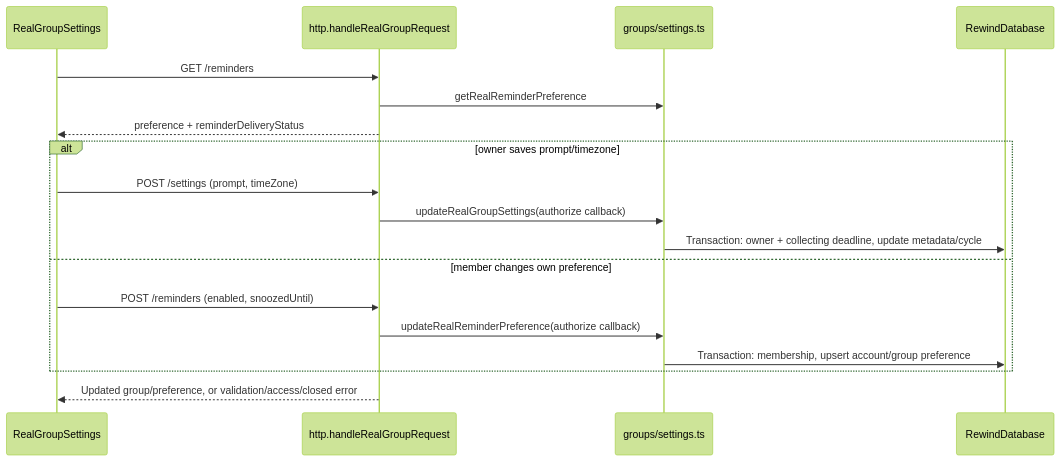
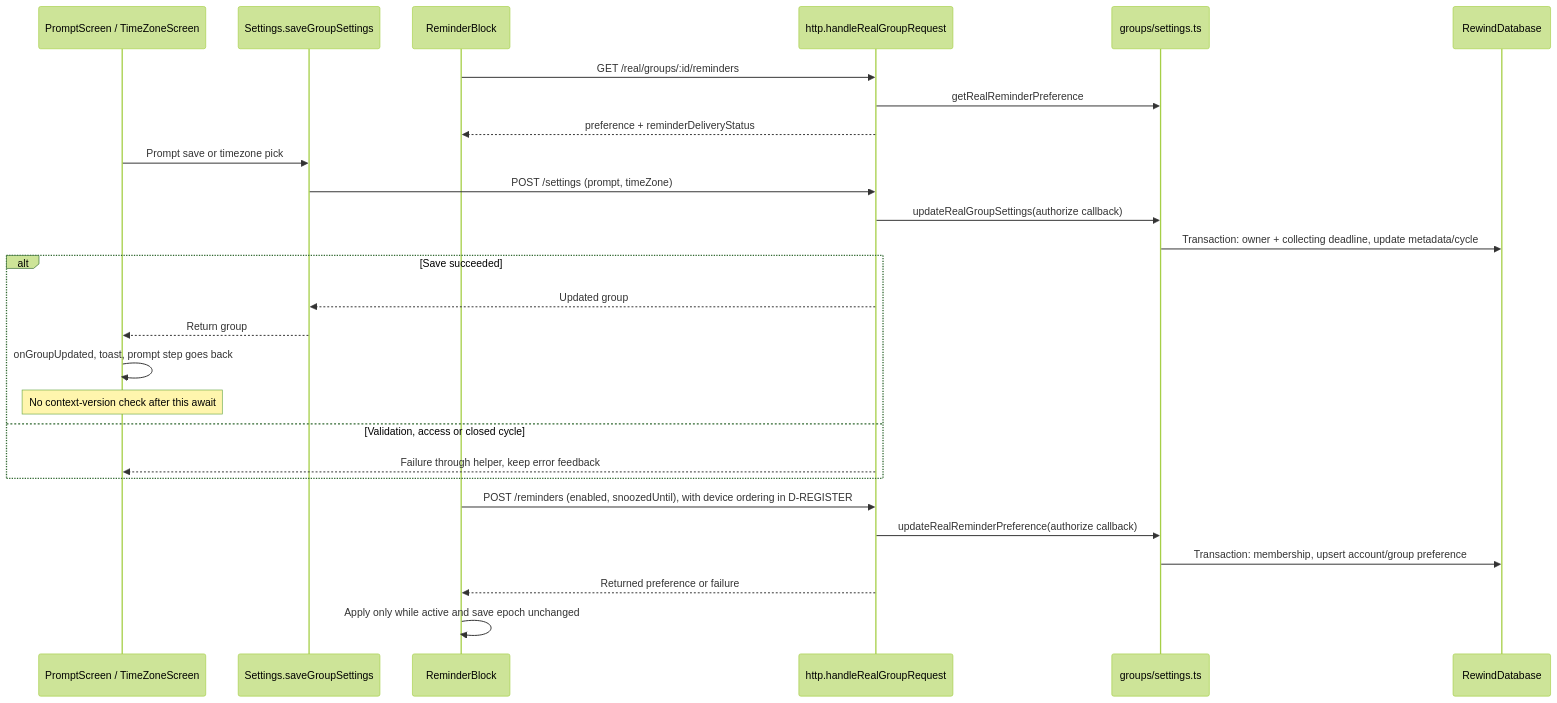
One commit to Collaboration95/rewind-app changed the tenth of 17 diagrams in docs/design/interactions.md. Above: the diagram before and after it, drawn with Mermaid (forest theme). The commit also changed other lines of this file and 3 other files, not shown here.

Commit message:
docs: map mounted settings and reminder ordering

````diff
--- a/docs/design/interactions.md
+++ b/docs/design/interactions.md
@@ -308,20 +337,29 @@
 ```mermaid
 sequenceDiagram
-  participant S as RealGroupSettings
+  participant S as PromptScreen / TimeZoneScreen
+  participant F as Settings.saveGroupSettings
+  participant R as ReminderBlock
   participant H as http.handleRealGroupRequest
   participant G as groups/settings.ts
   participant D as RewindDatabase
-  S->>H: GET /reminders
+  R->>H: GET /real/groups/:id/reminders
   H->>G: getRealReminderPreference
-  H-->>S: preference + reminderDeliveryStatus
-  alt owner saves prompt/timezone
-    S->>H: POST /settings (prompt, timeZone)
-    H->>G: updateRealGroupSettings(authorize callback)
-    G->>D: Transaction: owner + collecting deadline, update metadata/cycle
-  else member changes own preference
-    S->>H: POST /reminders (enabled, snoozedUntil)
-    H->>G: updateRealReminderPreference(authorize callback)
-    G->>D: Transaction: membership, upsert account/group preference
+  H-->>R: preference + reminderDeliveryStatus
+  S->>F: Prompt save or timezone pick
+  F->>H: POST /settings (prompt, timeZone)
+  H->>G: updateRealGroupSettings(authorize callback)
+  G->>D: Transaction: owner + collecting deadline, update metadata/cycle
+  alt Save succeeded
+    H-->>F: Updated group
+    F-->>S: Return group
+    S->>S: onGroupUpdated, toast, prompt step goes back
+    Note over S: No context-version check after this await
+  else Validation, access or closed cycle
+    H-->>S: Failure through helper, keep error feedback
   end
-  H-->>S: Updated group/preference, or validation/access/closed error
+  R->>H: POST /reminders (enabled, snoozedUntil), with device ordering in D-REGISTER
+  H->>G: updateRealReminderPreference(authorize callback)
+  G->>D: Transaction: membership, upsert account/group preference
+  H-->>R: Returned preference or failure
+  R->>R: Apply only while active and save epoch unchanged
 ```
````
